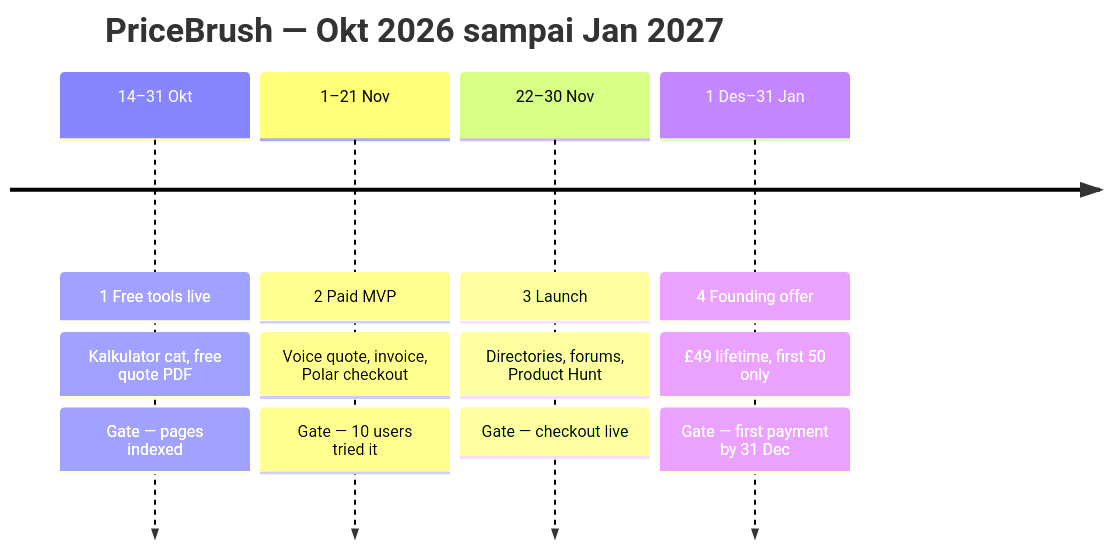
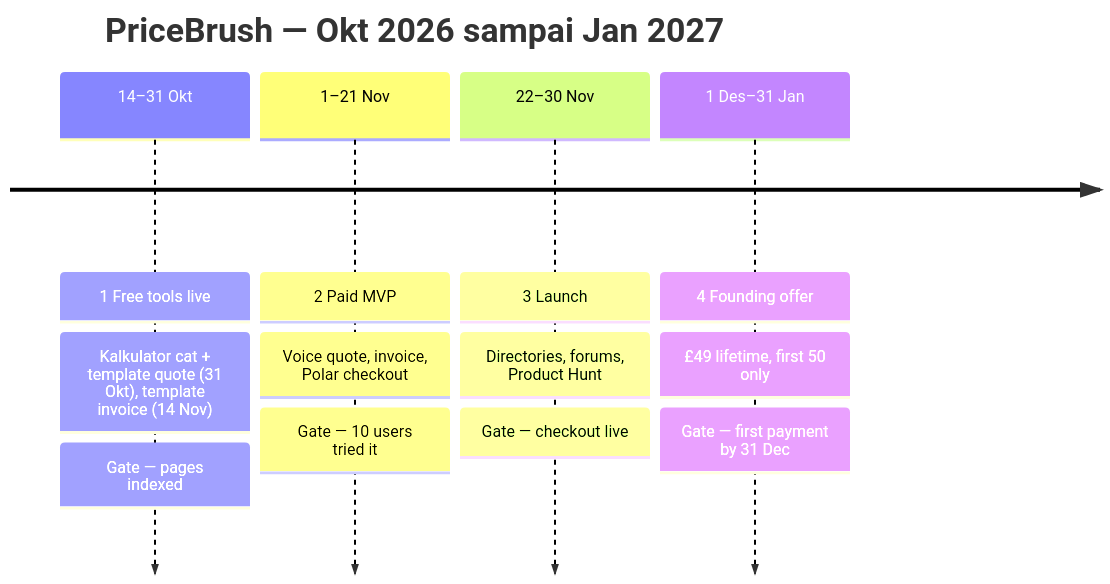
The second of 2 diagrams in docs/PRD.md (noviarrizal/price-brush-frontend), drawn with Mermaid before and after one commit. The commit also changed other lines of this file and 26 other files, not shown here.

````diff
--- a/docs/PRD.md
+++ b/docs/PRD.md
@@ -300,8 +309,8 @@
 ```mermaid
 timeline
     title PriceBrush — Okt 2026 sampai Jan 2027
-    14–31 Okt : 1 Free tools live : Kalkulator cat, free quote PDF : Gate — pages indexed
+    14–31 Okt : 1 Free tools live : Kalkulator cat + template quote (31 Okt), template invoice (14 Nov) : Gate — pages indexed
     1–21 Nov : 2 Paid MVP : Voice quote, invoice, Polar checkout : Gate — 10 users tried it
     22–30 Nov : 3 Launch : Directories, forums, Product Hunt : Gate — checkout live
     1 Des–31 Jan : 4 Founding offer : £49 lifetime, first 50 only : Gate — first payment by 31 Dec
 ```
````
